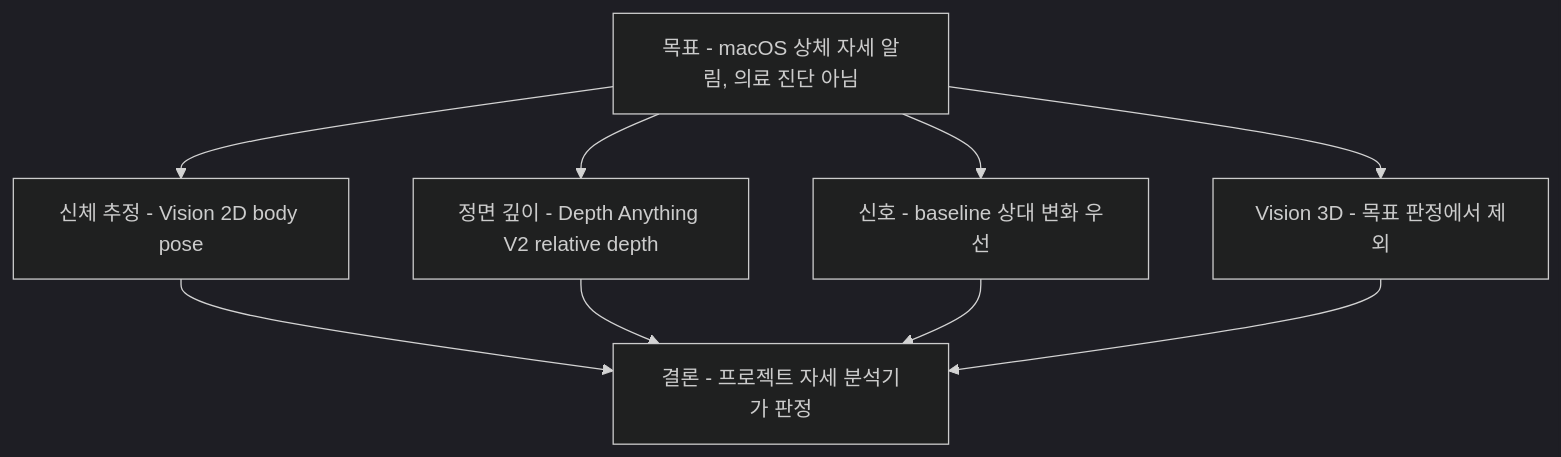
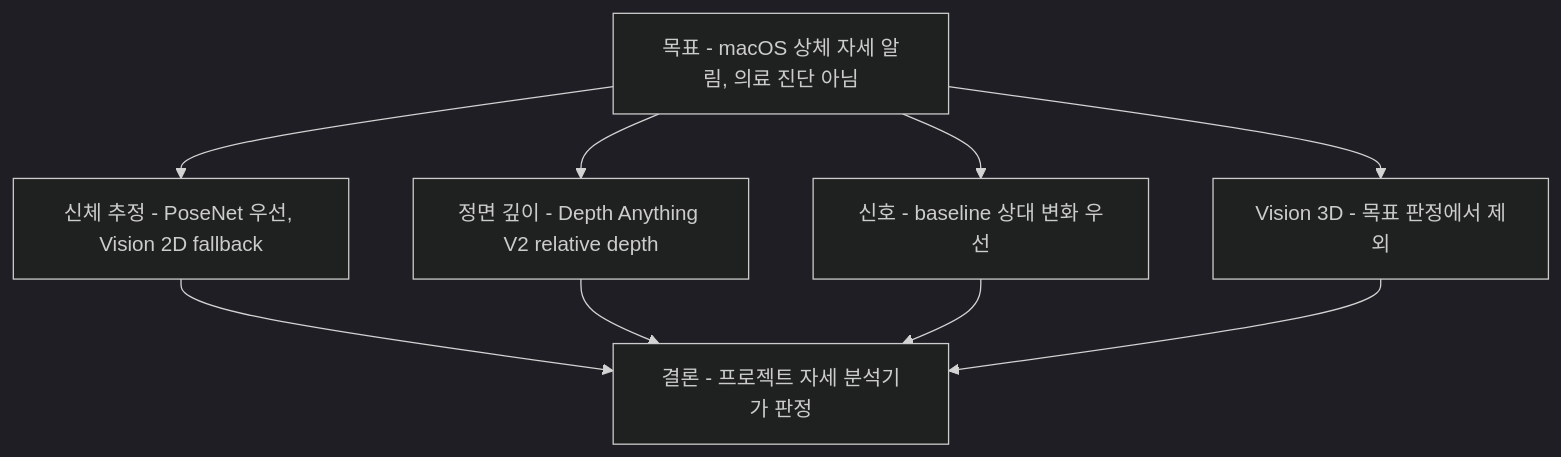
Before and after one commit to kimchanhyung98/turtlemeck: the diagram in docs/algorithm/pose-estimation/README.md, drawn with Mermaid (dark theme). The commit also changed other lines of this file and 37 other files, not shown here.

Commit message:
docs: adopt PoseNet-first pose path and add review reports

````diff
--- a/docs/algorithm/pose-estimation/README.md
+++ b/docs/algorithm/pose-estimation/README.md
@@ -16,12 +16,12 @@
 ```mermaid
 flowchart TD
     G["목표 - macOS 상체 자세 알림, 의료 진단 아님"]
     G --> D["정면 깊이 - Depth Anything V2 relative depth"]
-    G --> M["신체 추정 - Vision 2D body pose"]
+    G --> M["신체 추정 - PoseNet 우선, Vision 2D fallback"]
     G --> S["신호 - baseline 상대 변화 우선"]
     G --> P3["Vision 3D - 목표 판정에서 제외"]
     M --> C["결론 - 프로젝트 자세 분석기가 판정"]
     D --> C
     S --> C
     P3 --> C
 ```
````
